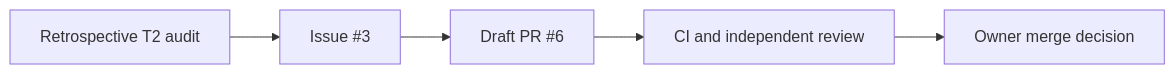
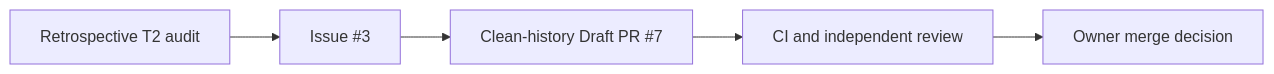
Before and after one commit to thanhdu-hcmus/minishop-k8s: the diagram in docs/decisions/0002-process-controls-remediation.md, drawn with Mermaid. The commit also changed other lines of this file, not shown here.

Commit message:
docs(process): link clean remediation pr

```diff
--- a/docs/decisions/0002-process-controls-remediation.md
+++ b/docs/decisions/0002-process-controls-remediation.md
@@ -26,7 +26,7 @@
 ~~~mermaid
 flowchart LR
   A[Retrospective T2 audit] --> B[Issue #3]
-  B --> C[Draft PR #6]
+  B --> C[Clean-history Draft PR #7]
   C --> D[CI and independent review]
   D --> E[Owner merge decision]
 ~~~
```
